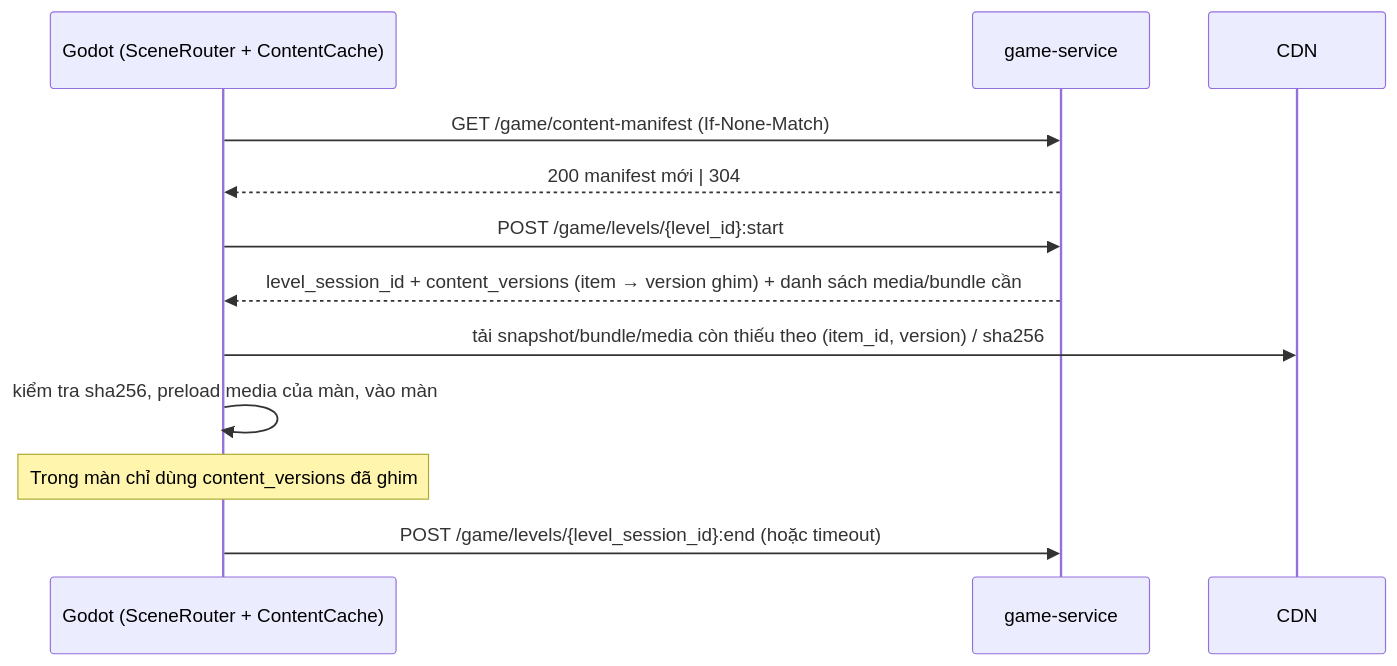
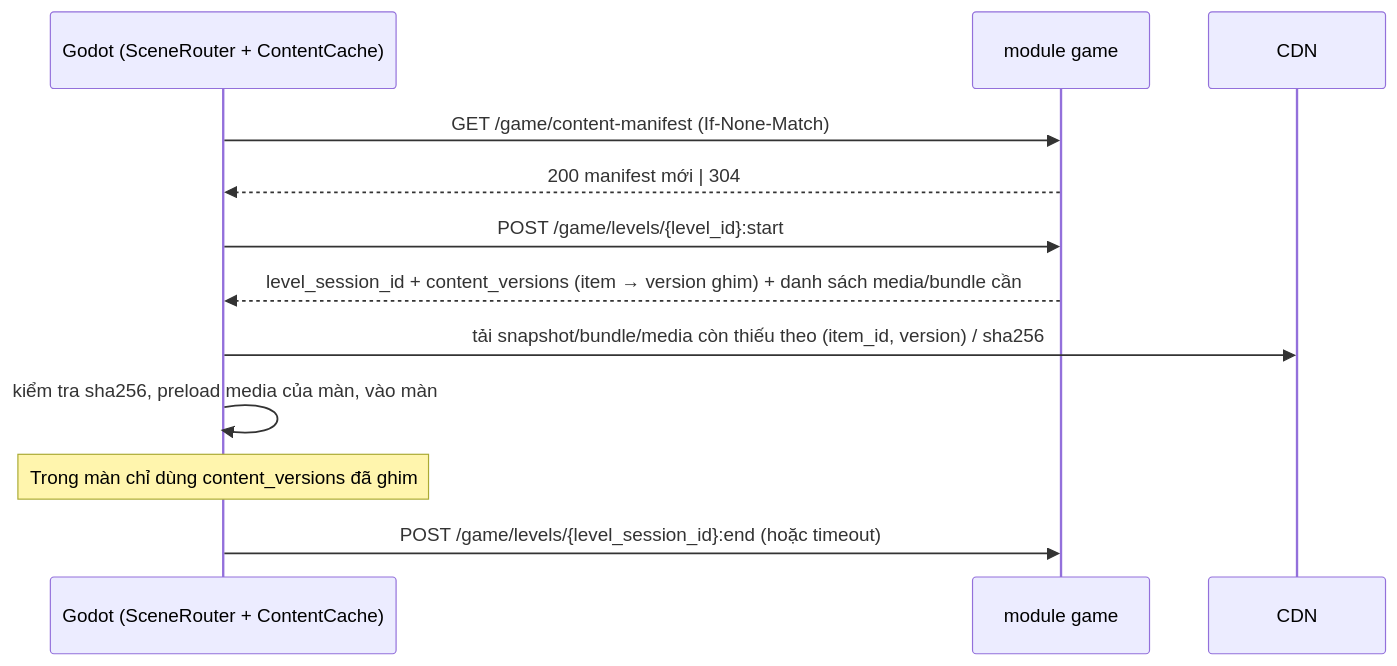
Before and after one commit to tanguyen2020/eduworld-platform: the third of 4 diagrams in docs/08-game-client/GODOT_ARCHITECTURE.md, drawn with Mermaid. The commit also changed other lines of this file and 922 other files, not shown here.

````diff
--- a/docs/08-game-client/GODOT_ARCHITECTURE.md
+++ b/docs/08-game-client/GODOT_ARCHITECTURE.md
@@ -313,14 +366,14 @@
 ```mermaid
 sequenceDiagram
   participant G as Godot (SceneRouter + ContentCache)
-  participant API as game-service
+  participant API as module game
   participant CDN
   G->>API: GET /game/content-manifest (If-None-Match)
   API-->>G: 200 manifest mới | 304
   G->>API: POST /game/levels/{level_id}:start
   API-->>G: level_session_id + content_versions (item → version ghim) + danh sách media/bundle cần
   G->>CDN: tải snapshot/bundle/media còn thiếu theo (item_id, version) / sha256
   G->>G: kiểm tra sha256, preload media của màn, vào màn
   Note over G: Trong màn chỉ dùng content_versions đã ghim
   G->>API: POST /game/levels/{level_session_id}:end (hoặc timeout)
 ```
````
